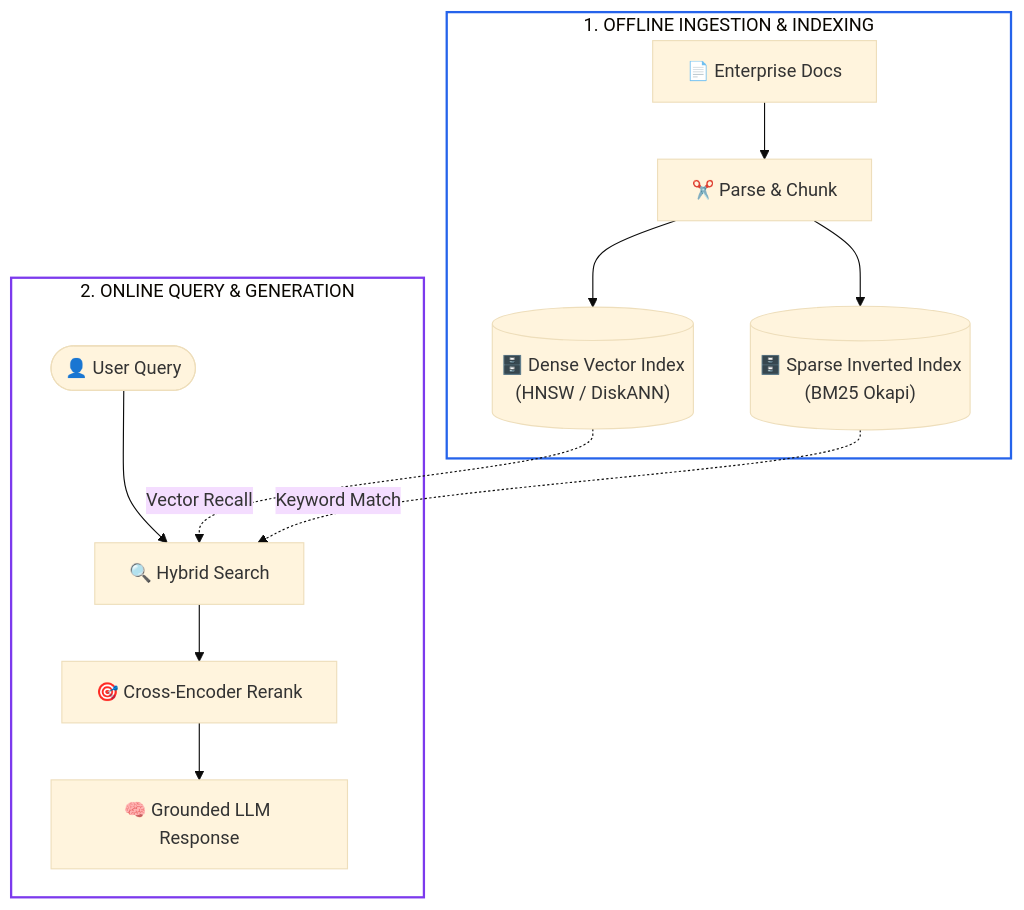
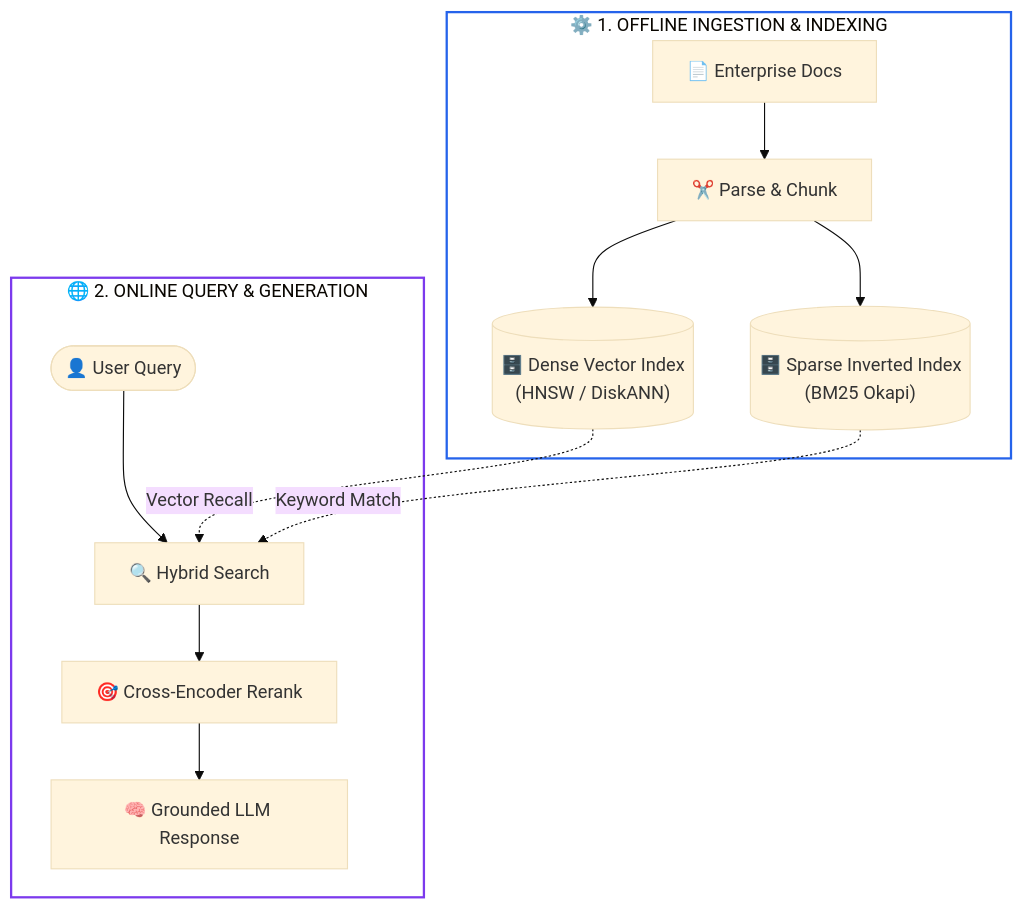
One commit to dip4k/senior-engineer-to-ai-engineer-roadmap changed the third of 3 diagrams in 02-rag-and-knowledge-systems/00-rag-fundamentals-and-retrieval-architectures.md. Above: the diagram before and after it, drawn with Mermaid (base theme). The commit also changed other lines of this file and 94 other files, not shown here.

Commit message:
refactor(curriculum): complete Phase 04 upgrade and enforce diagram renderer invariants

````diff
--- a/02-rag-and-knowledge-systems/00-rag-fundamentals-and-retrieval-architectures.md
+++ b/02-rag-and-knowledge-systems/00-rag-fundamentals-and-retrieval-architectures.md
@@ -119,20 +119,20 @@
 ```mermaid
 flowchart TD
-    subgraph Offline["1. OFFLINE INGESTION & INDEXING"]
+    subgraph Offline["⚙️ 1. OFFLINE INGESTION & INDEXING"]
         Docs["📄 Enterprise Docs"] --> Split["✂️ Parse & Chunk"]
         Split --> VDB[("🗄️ Dense Vector Index<br>(HNSW / DiskANN)")]
         Split --> KDB[("🗄️ Sparse Inverted Index<br>(BM25 Okapi)")]
     end
 
-    subgraph Online["2. ONLINE QUERY & GENERATION"]
+    subgraph Online["🌐 2. ONLINE QUERY & GENERATION"]
         Query(["👤 User Query"]) --> Search["🔍 Hybrid Search"]
         Search --> Rerank["🎯 Cross-Encoder Rerank"]
         Rerank --> LLM["🧠 Grounded LLM Response"]
     end
 
     VDB -.->|"Vector Recall"| Search
     KDB -.->|"Keyword Match"| Search
 
     style Offline fill:none,stroke:#2563eb,stroke-width:2px
     style Online fill:none,stroke:#7c3aed,stroke-width:2px
 ```
````
